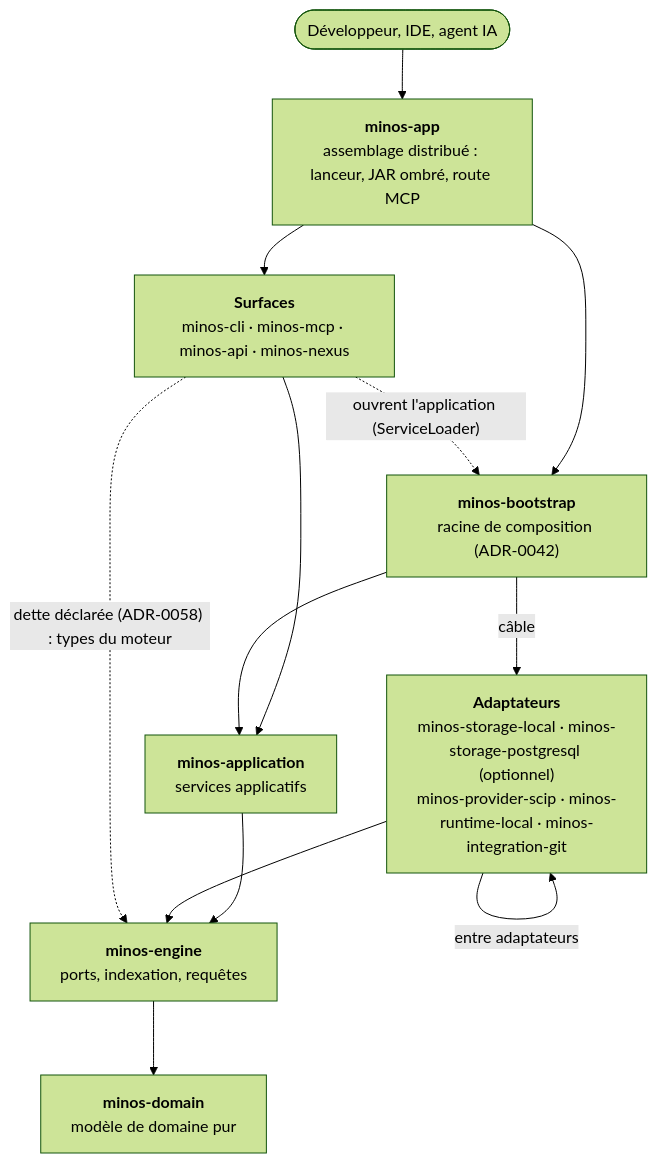
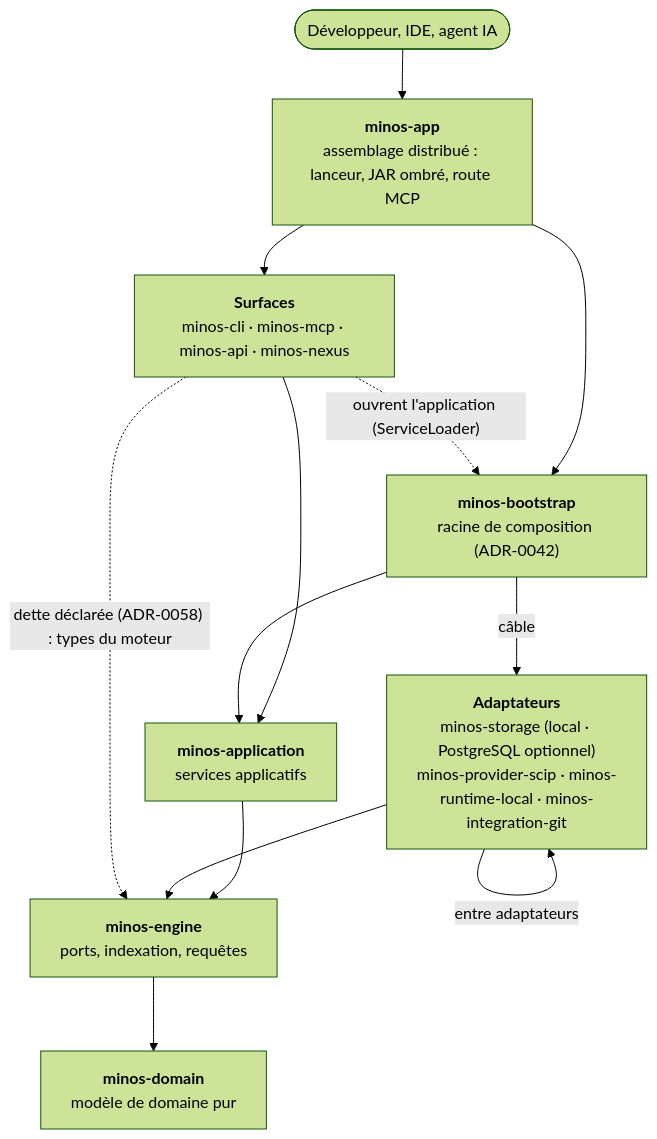
Before and after one commit to FTurleque/minos-code-intelligence: the first of 2 diagrams in docs/architecture/arc42/05-vue-blocs.md, drawn with Mermaid (forest theme). The commit also changed other lines of this file and 4 other files, not shown here.

Commit message:
ci(architecture): gouverner minos-storage et cliqueter les backends par packages (SH-02, D2, D4)

````diff
--- a/docs/architecture/arc42/05-vue-blocs.md
+++ b/docs/architecture/arc42/05-vue-blocs.md
@@ -14,24 +14,24 @@
 ```mermaid
 flowchart TB
     clients(["Développeur, IDE, agent IA"])
     app["<b>minos-app</b><br/>assemblage distribué : lanceur, JAR ombré, route MCP"]
     surfaces["<b>Surfaces</b><br/>minos-cli · minos-mcp · minos-api · minos-nexus"]
     bootstrap["<b>minos-bootstrap</b><br/>racine de composition (ADR-0042)"]
     application["<b>minos-application</b><br/>services applicatifs"]
-    adapters["<b>Adaptateurs</b><br/>minos-storage-local · minos-storage-postgresql (optionnel)<br/>minos-provider-scip · minos-runtime-local · minos-integration-git"]
+    adapters["<b>Adaptateurs</b><br/>minos-storage (local · PostgreSQL optionnel)<br/>minos-provider-scip · minos-runtime-local · minos-integration-git"]
     engine["<b>minos-engine</b><br/>ports, indexation, requêtes"]
     domain["<b>minos-domain</b><br/>modèle de domaine pur"]
 
     clients --> app
     app --> surfaces
     app --> bootstrap
     surfaces --> application
     surfaces -.->|"ouvrent l'application (ServiceLoader)"| bootstrap
     bootstrap --> application
     bootstrap -->|"câble"| adapters
     application --> engine
     adapters --> engine
     adapters -->|"entre adaptateurs"| adapters
     surfaces -.->|"dette déclarée (ADR-0058) : types du moteur"| engine
     engine --> domain
 ```
````
